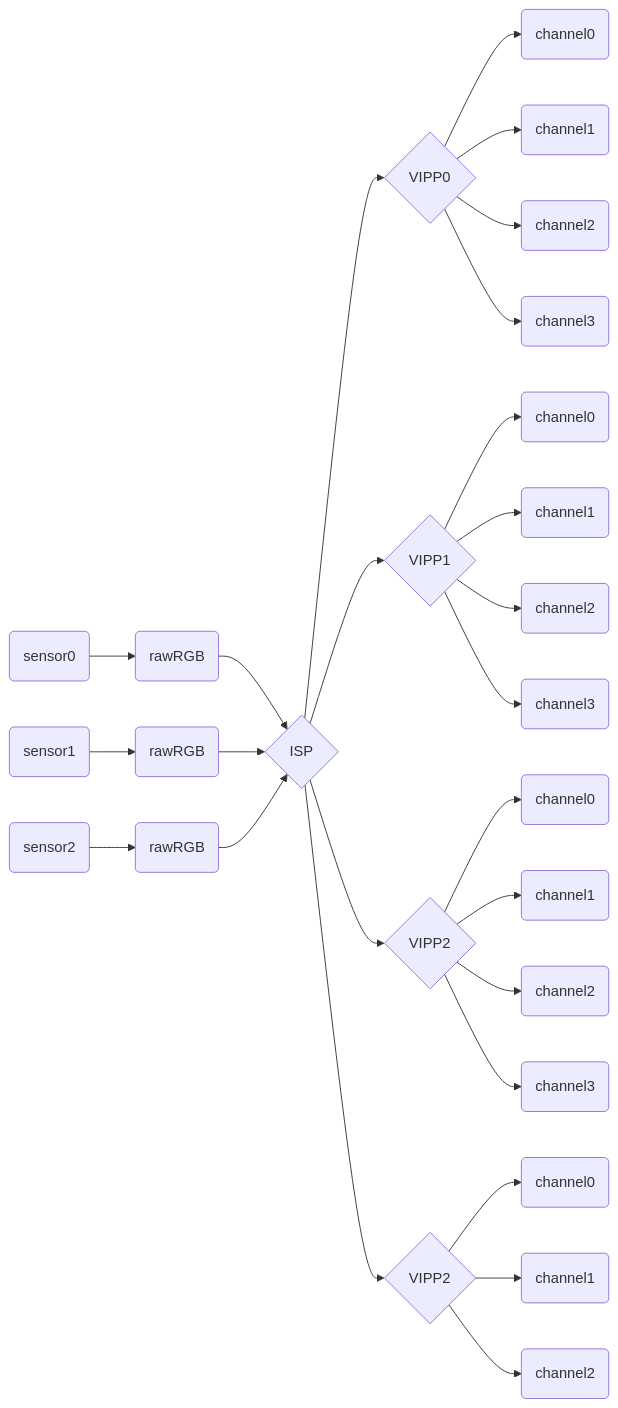
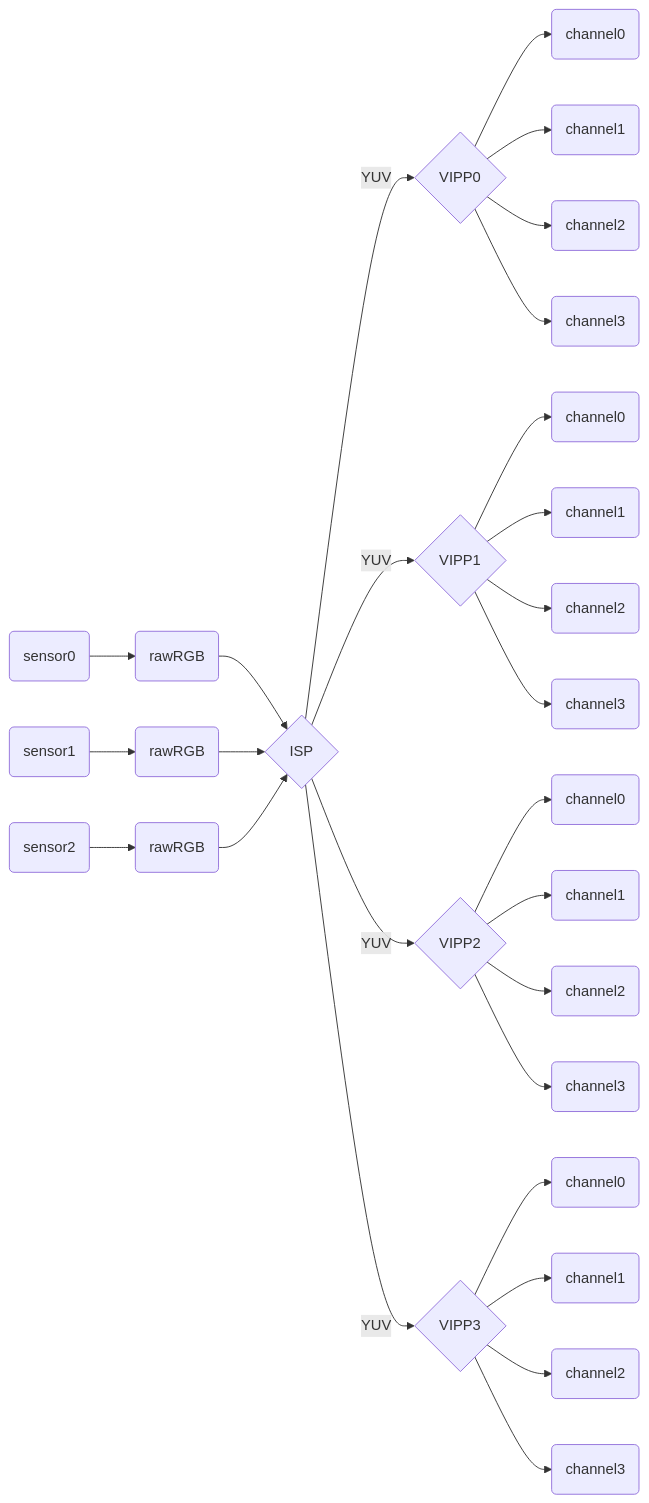
The third of 3 diagrams in 全志AI音视频编解码/全志音视频编解码.md (K-Linux/my_notes), drawn with Mermaid before and after one commit. The commit also changed other lines of this file and 3 other files, not shown here.

````diff
--- a/全志AI音视频编解码/全志音视频编解码.md
+++ b/全志AI音视频编解码/全志音视频编解码.md
@@ -668,22 +668,23 @@
 ```mermaid
 graph LR
-A(sensor0)-->D(rawRGB)-->G{ISP}-->H{VIPP0}
+A(sensor0)-->D(rawRGB)-->G{ISP}-->|YUV|H{VIPP0}
   H-->L(channel0)
   H-->M(channel1)
   H-->N(channel2)
   H-->O(channel3)
-B(sensor1)-->E(rawRGB)-->G{ISP}-->I{VIPP1}
+B(sensor1)-->E(rawRGB)-->G{ISP}-->|YUV|I{VIPP1}
   I-->P(channel0)
   I-->Q(channel1)
   I-->R(channel2)
   I-->S(channel3)
-C(sensor2)-->F(rawRGB)-->G{ISP}-->J{VIPP2}
+C(sensor2)-->F(rawRGB)-->G{ISP}-->|YUV|J{VIPP2}
   J-->T(channel0)
   J-->U(channel1)
   J-->V(channel2)
   J-->W(channel3)
-G{ISP}-->K{VIPP2}
+G{ISP}-->|YUV|K{VIPP3}
   K-->X(channel0)
   K-->Y(channel1)
   K-->Z(channel2)
+  K-->AA(channel3)
 ```
````
